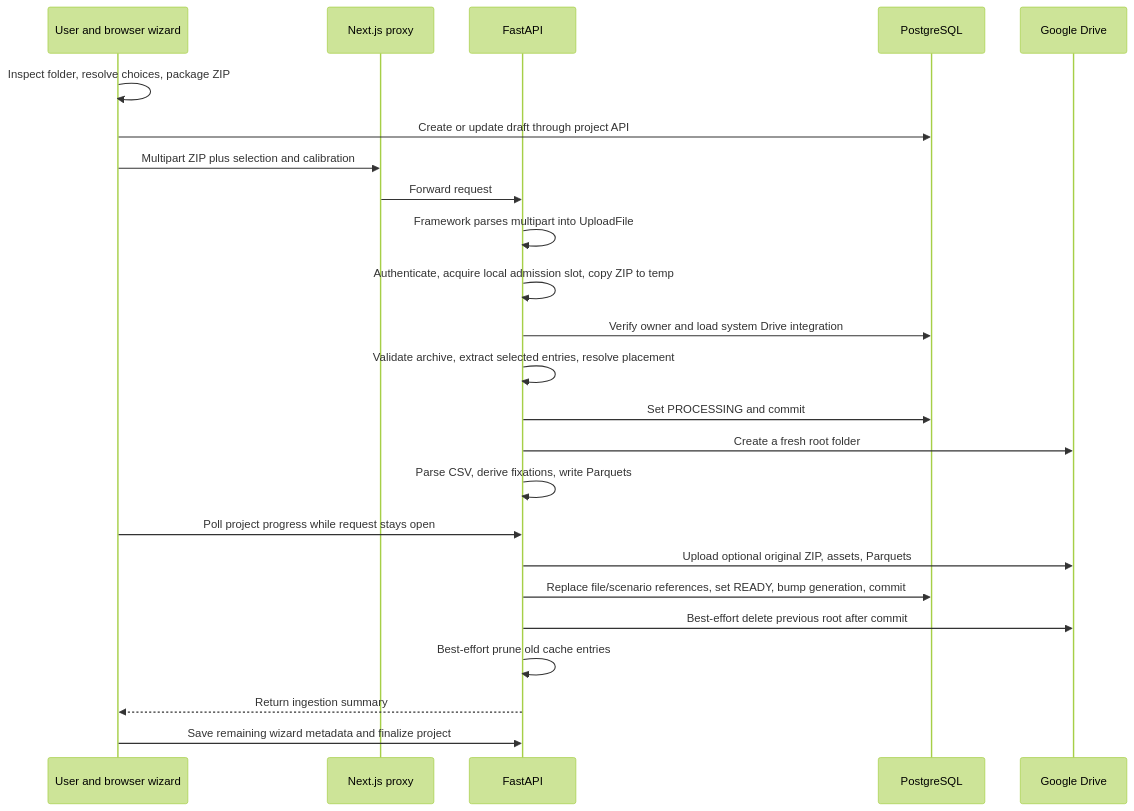
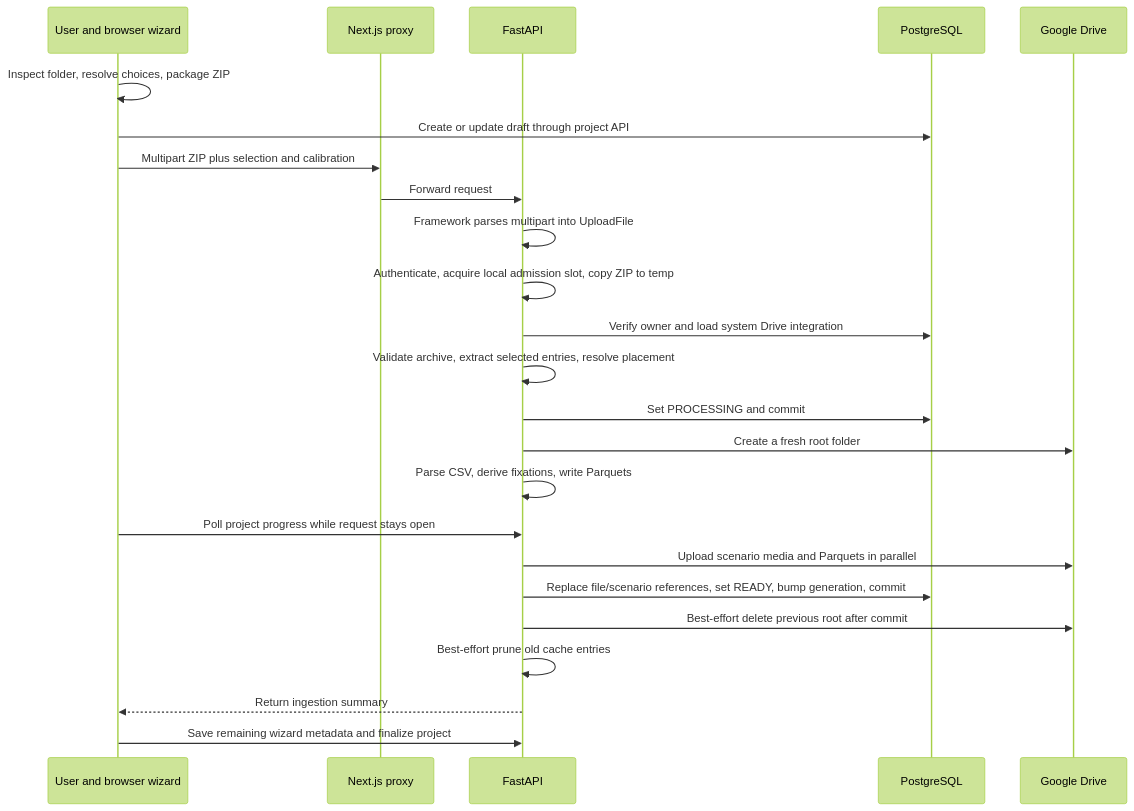
One commit to Proyecto-Software-Biosenales/NeuroDatics-App changed the diagram in docs/UPLOAD_PIPELINE.md. Above: the diagram before and after it, drawn with Mermaid (forest theme). The commit also changed other lines of this file and 272 other files, not shown here.

````diff
--- a/docs/UPLOAD_PIPELINE.md
+++ b/docs/UPLOAD_PIPELINE.md
@@ -25,26 +25,26 @@
 ```mermaid
 sequenceDiagram
     participant U as User and browser wizard
     participant N as Next.js proxy
     participant A as FastAPI
     participant D as PostgreSQL
     participant G as Google Drive
     U->>U: Inspect folder, resolve choices, package ZIP
     U->>D: Create or update draft through project API
     U->>N: Multipart ZIP plus selection and calibration
     N->>A: Forward request
     A->>A: Framework parses multipart into UploadFile
     A->>A: Authenticate, acquire local admission slot, copy ZIP to temp
     A->>D: Verify owner and load system Drive integration
     A->>A: Validate archive, extract selected entries, resolve placement
     A->>D: Set PROCESSING and commit
     A->>G: Create a fresh root folder
     A->>A: Parse CSV, derive fixations, write Parquets
     U->>A: Poll project progress while request stays open
-    A->>G: Upload optional original ZIP, assets, Parquets
+    A->>G: Upload scenario media and Parquets in parallel
     A->>D: Replace file/scenario references, set READY, bump generation, commit
     A->>G: Best-effort delete previous root after commit
     A->>A: Best-effort prune old cache entries
     A-->>U: Return ingestion summary
     U->>A: Save remaining wizard metadata and finalize project
 ```
````
